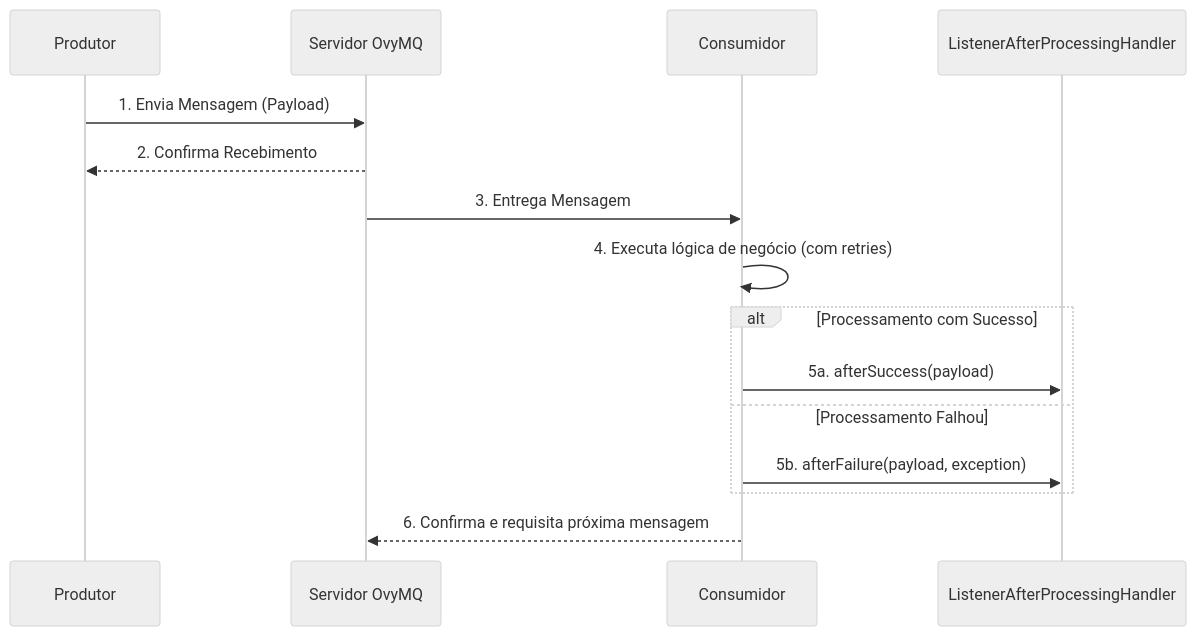
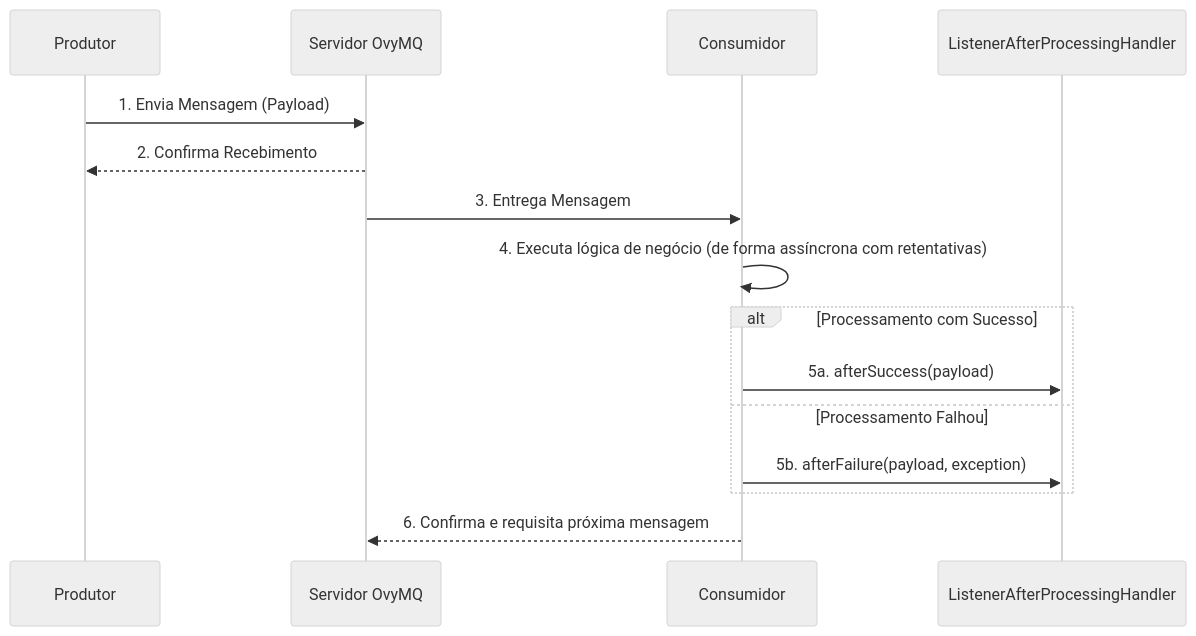
One commit to jotabrc/ovy_mq changed the fourth of 6 diagrams in README.md. Above: the diagram before and after it, drawn with Mermaid (neutral theme). The commit also changed other lines of this file, not shown here.

````diff
--- a/README.md
+++ b/README.md
@@ -311,18 +314,18 @@
 ```mermaid
 sequenceDiagram
     participant Produtor
     participant Servidor OvyMQ
     participant Consumidor
     participant ListenerAfterProcessingHandler
 
     Produtor->>Servidor OvyMQ: 1. Envia Mensagem (Payload)
     Servidor OvyMQ-->>Produtor: 2. Confirma Recebimento
     Servidor OvyMQ->>Consumidor: 3. Entrega Mensagem
-    Consumidor->>Consumidor: 4. Executa lógica de negócio (com retries)
+    Consumidor->>Consumidor: 4. Executa lógica de negócio (de forma assíncrona com retentativas)
     alt Processamento com Sucesso
         Consumidor->>ListenerAfterProcessingHandler: 5a. afterSuccess(payload)
     else Processamento Falhou
         Consumidor->>ListenerAfterProcessingHandler: 5b. afterFailure(payload, exception)
     end
     Consumidor-->>Servidor OvyMQ: 6. Confirma e requisita próxima mensagem
 ```
````
